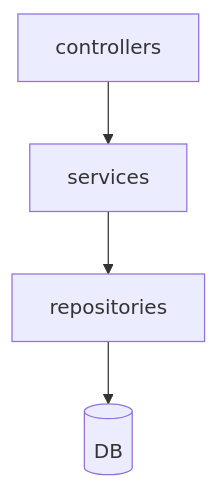
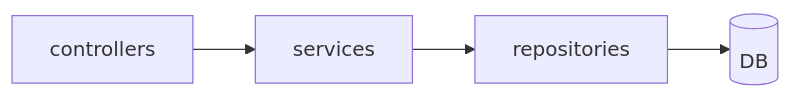
One commit to nekolife1984/cc-rsg changed the second of 5 diagrams in skills/specback/references/outline-tables.md. Above: the diagram before and after it, drawn with Mermaid. The commit also changed other lines of this file and 7 other files, not shown here.

````diff
--- a/skills/specback/references/outline-tables.md
+++ b/skills/specback/references/outline-tables.md
@@ -284,6 +284,6 @@
 ```mermaid
-graph TD
+graph LR
   controllers --> services
   services --> repositories
   repositories --> database[(DB)]
 ```
````
